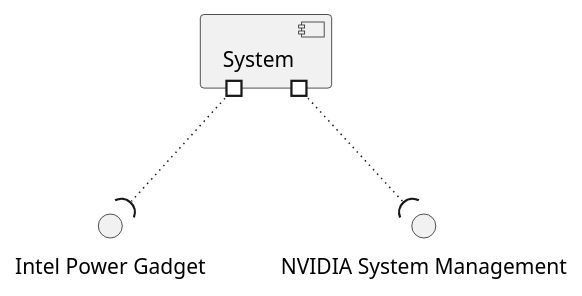
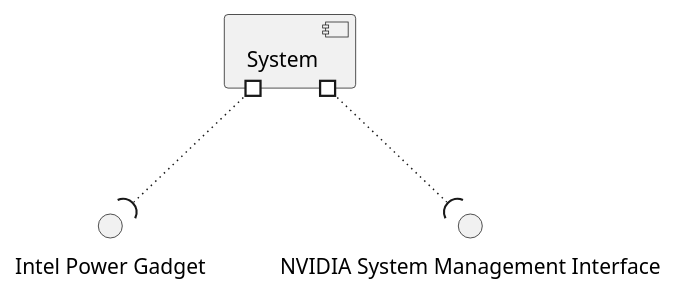
Before and after one commit to rafaeldpsilva/process-energy-estimation: the diagram in doc/vistas/Vista_Logica_N1.puml, drawn with PlantUML. The commit also changed 17 other files, not shown here.

```diff
--- a/doc/vistas/Vista_Logica_N1.puml
+++ b/doc/vistas/Vista_Logica_N1.puml
@@ -1,10 +1,10 @@
 @startuml
 
 component System
 interface "Intel Power Gadget" as IPG
-interface "NVIDIA System Management" as NSMI
+interface "NVIDIA System Management Interface" as NSMI
 
 System #~~( IPG
 System #~~( NSMI
 
 @enduml
```
